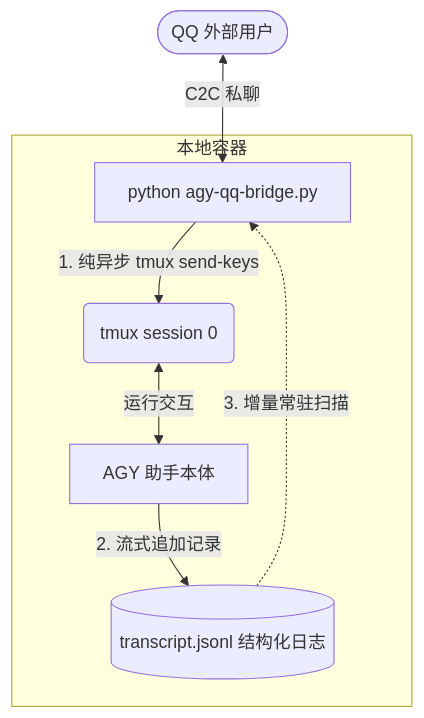
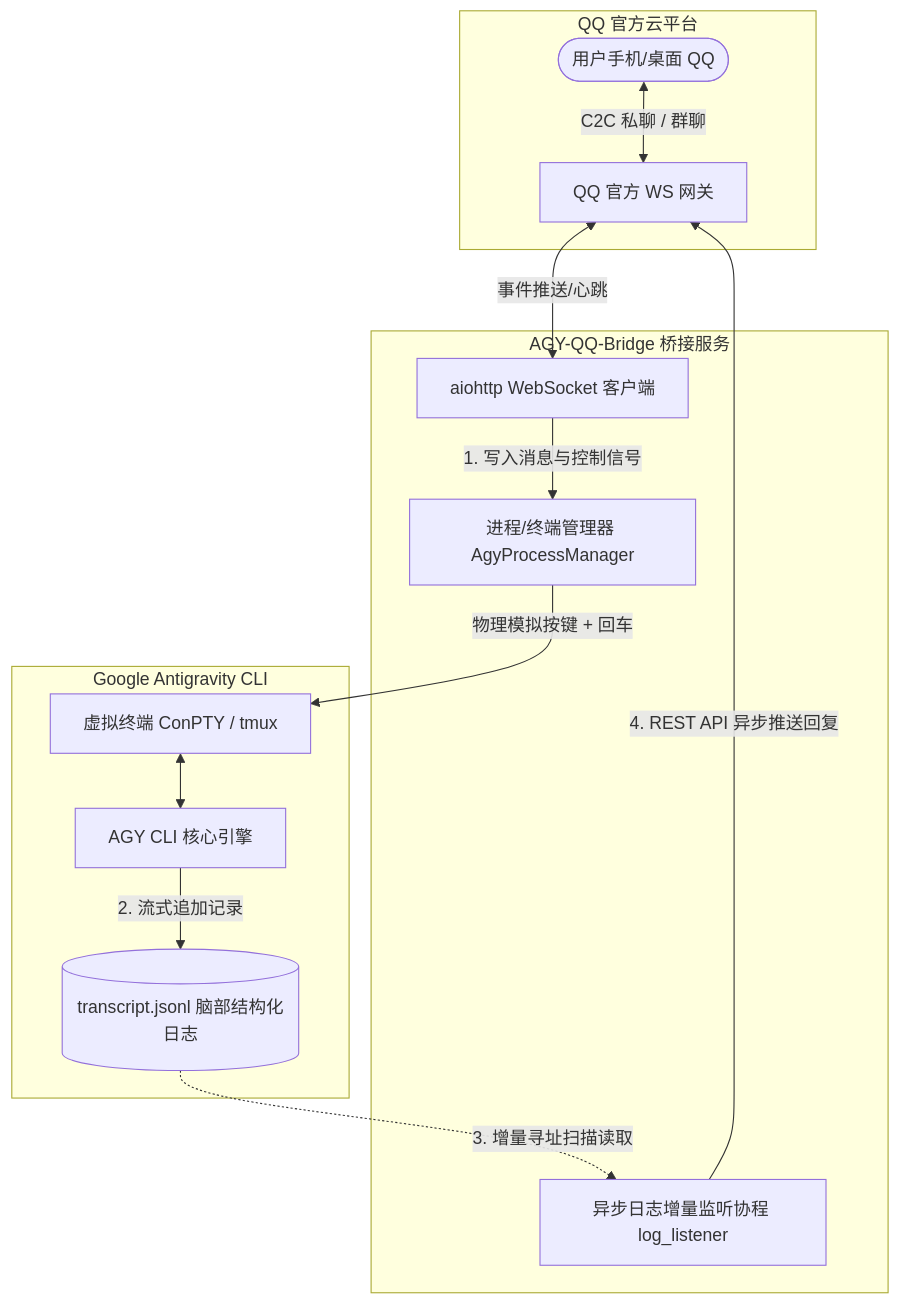
The diagram in README.md (lzx722/AGY-QQ-Bridge), drawn with Mermaid before and after one commit. The commit also changed other lines of this file and 12 other files, not shown here.

````diff
--- a/README.md
+++ b/README.md
@@ -13,11 +13,26 @@
 ```mermaid
-graph TD
-    User([QQ 外部用户]) <-->|C2C 私聊| Bridge[python agy-qq-bridge.py]
-    
-    subgraph 本地容器
-        Bridge -->|1. 纯异步 tmux send-keys| Tmux(tmux session 0)
-        Tmux <-->|运行交互| AGY[AGY 助手本体]
-        AGY -->|2. 流式追加记录| Log[(transcript.jsonl 结构化日志)]
-        Log -.->|3. 增量常驻扫描| Bridge
+flowchart TD
+    subgraph QQ_Platform [QQ 官方云平台]
+        QQUser([用户手机/桌面 QQ]) <-->|C2C 私聊 / 群聊| QQGateway[QQ 官方 WS 网关]
     end
+
+    subgraph Bridge [AGY-QQ-Bridge 桥接服务]
+        WSClient[aiohttp WebSocket 客户端]
+        AgyMgr[进程/终端管理器 AgyProcessManager]
+        LogListener[异步日志增量监听协程 log_listener]
+    end
+
+    subgraph AGY_CLI [Google Antigravity CLI]
+        PTY[虚拟终端 ConPTY / tmux]
+        AGYCore[AGY CLI 核心引擎]
+        BrainLog[(transcript.jsonl 脑部结构化日志)]
+    end
+
+    QQGateway <-->|事件推送/心跳| WSClient
+    WSClient -->|1. 写入消息与控制信号| AgyMgr
+    AgyMgr -->|物理模拟按键 + 回车| PTY
+    PTY <--> AGYCore
+    AGYCore -->|2. 流式追加记录| BrainLog
+    BrainLog -.->|3. 增量寻址扫描读取| LogListener
+    LogListener -->|4. REST API 异步推送回复| QQGateway
 ```
````
